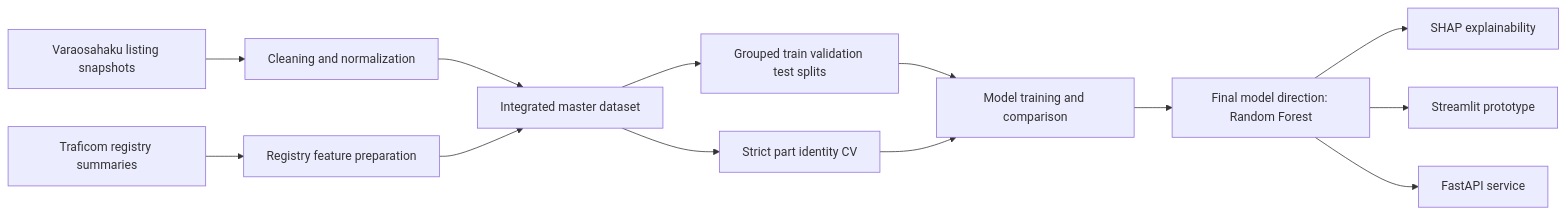
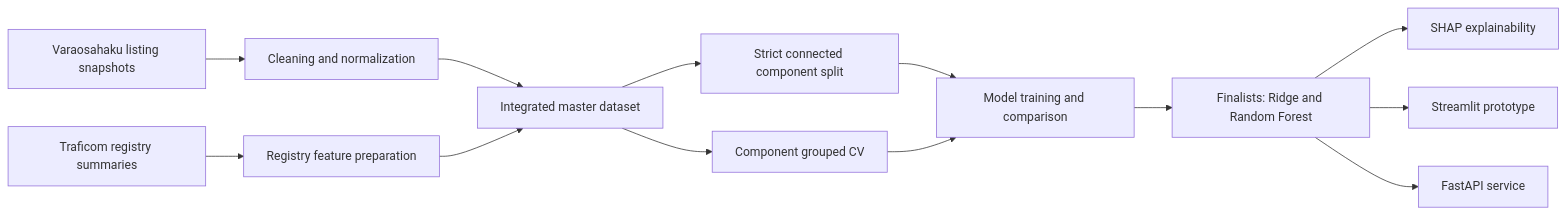
One commit to Riteshbhandarii/DPPM changed the diagram in README.md. Above: the diagram before and after it, drawn with Mermaid. The commit also changed other lines of this file and 5 other files, not shown here.

````diff
--- a/README.md
+++ b/README.md
@@ -102,15 +102,15 @@
 ```mermaid
 flowchart LR
     A[Varaosahaku listing snapshots] --> B[Cleaning and normalization]
     C[Traficom registry summaries] --> D[Registry feature preparation]
     B --> E[Integrated master dataset]
     D --> E
-    E --> F[Grouped train validation test splits]
-    E --> G[Strict part identity CV]
+    E --> F[Strict connected component split]
+    E --> G[Component grouped CV]
     F --> H[Model training and comparison]
     G --> H
-    H --> I[Final model direction: Random Forest]
+    H --> I[Finalists: Ridge and Random Forest]
     I --> J[SHAP explainability]
     I --> K[Streamlit prototype]
     I --> L[FastAPI service]
 ```
````
